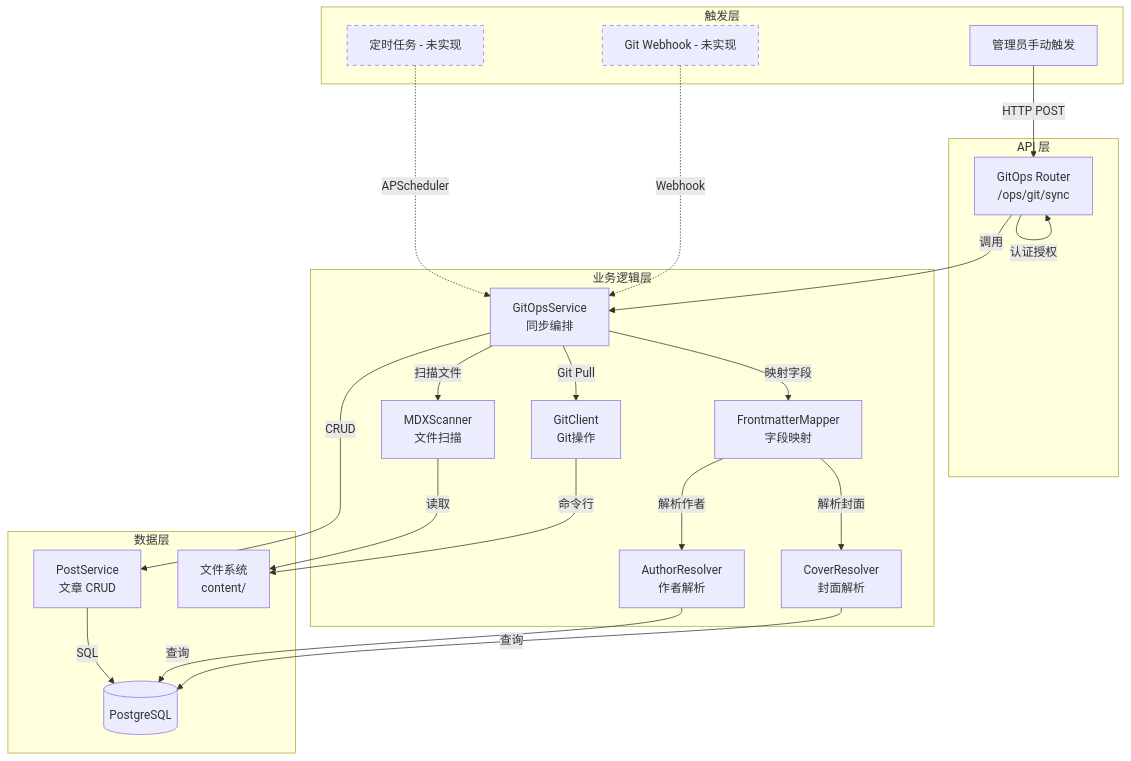
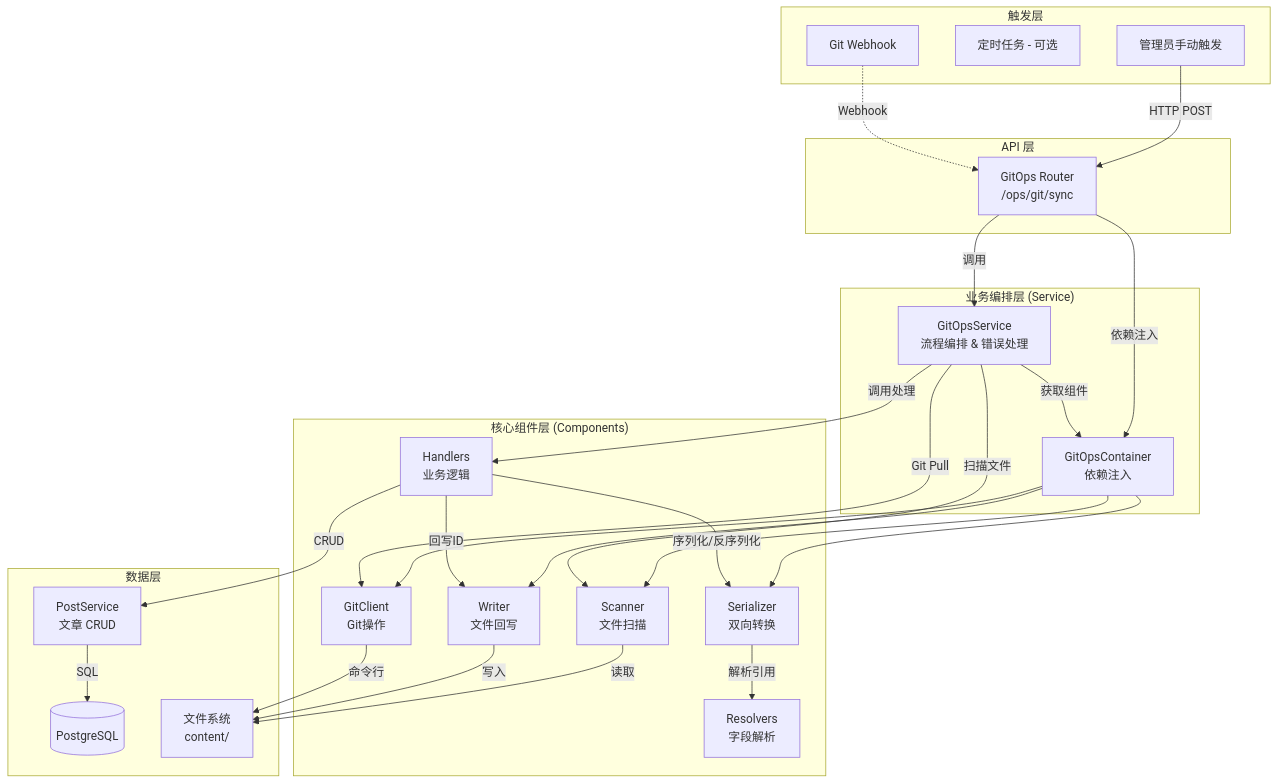
One commit to sumanin5/blog_fr changed the diagram in backend/app/git_ops/ARCHITECTURE.md. Above: the diagram before and after it, drawn with Mermaid. The commit also changed other lines of this file and 58 other files, not shown here.

First line of the commit message:
refactor(git_ops): 重构GitOps架构为组件化设计

````diff
--- a/backend/app/git_ops/ARCHITECTURE.md
+++ b/backend/app/git_ops/ARCHITECTURE.md
@@ -7,52 +7,58 @@
 ```mermaid
 graph TB
     subgraph "触发层"
         A1[管理员手动触发]
-        A2[定时任务 - 未实现]
-        A3[Git Webhook - 未实现]
+        A2[定时任务 - 可选]
+        A3[Git Webhook]
     end
 
     subgraph "API 层"
         B[GitOps Router<br>/ops/git/sync]
     end
 
-    subgraph "业务逻辑层"
-        C[GitOpsService<br>同步编排]
-        D[MDXScanner<br>文件扫描]
-        E[FrontmatterMapper<br>字段映射]
-        F[AuthorResolver<br>作者解析]
-        G[CoverResolver<br>封面解析]
-        H[GitClient<br>Git操作]
+    subgraph "业务编排层 (Service)"
+        C[GitOpsService<br>流程编排 & 错误处理]
+        Container[GitOpsContainer<br>依赖注入]
+    end
+
+    subgraph "核心组件层 (Components)"
+        D[Scanner<br>文件扫描]
+        E[Serializer<br>双向转换]
+        F[Resolvers<br>字段解析]
+        G[Handlers<br>业务逻辑]
+        H[Writer<br>文件回写]
+        I[GitClient<br>Git操作]
     end
 
     subgraph "数据层"
-        I[PostService<br>文章 CRUD]
-        J[(PostgreSQL)]
-        K[文件系统<br>content/]
+        J[PostService<br>文章 CRUD]
+        K[(PostgreSQL)]
+        L[文件系统<br>content/]
     end
 
     A1 -->|HTTP POST| B
-    A2 -.->|APScheduler| C
-    A3 -.->|Webhook| C
+    A3 -.->|Webhook| B
 
-    B -->|认证授权| B
+    B -->|依赖注入| Container
     B -->|调用| C
+    
+    C -->|获取组件| Container
+    Container --> D
+    Container --> E
+    Container --> H
+    Container --> I
 
+    C -->|Git Pull| I
     C -->|扫描文件| D
-    C -->|映射字段| E
-    C -->|Git Pull| H
-
-    E -->|解析作者| F
-    E -->|解析封面| G
-
-    D -->|读取| K
-    H -->|命令行| K
-
-    C -->|CRUD| I
-    I -->|SQL| J
-    F -->|查询| J
-    G -->|查询| J
-
-    style A2 stroke-dasharray: 5 5
-    style A3 stroke-dasharray: 5 5
+    C -->|调用处理| G
+    
+    G -->|序列化/反序列化| E
+    E -->|解析引用| F
+    G -->|CRUD| J
+    G -->|回写ID| H
+    
+    J -->|SQL| K
+    D -->|读取| L
+    H -->|写入| L
+    I -->|命令行| L
 ```
````
